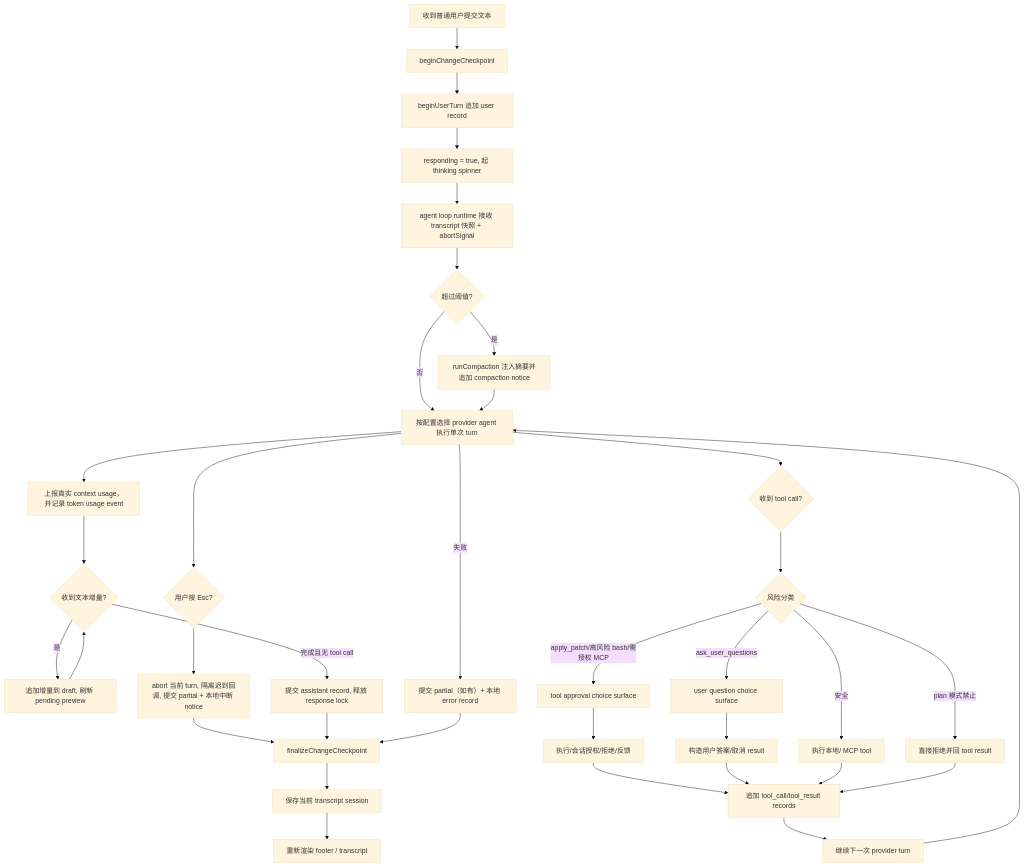
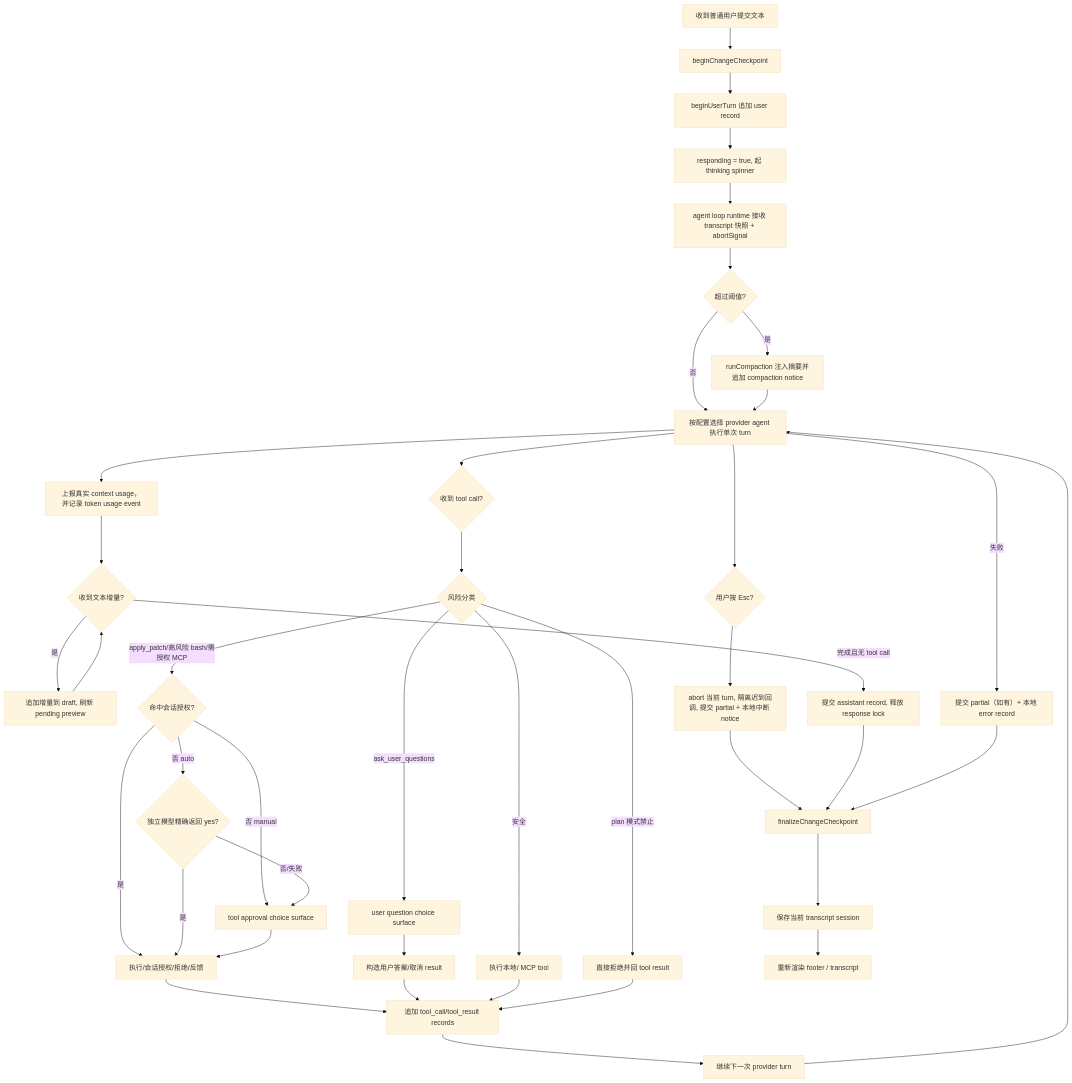
One commit to eumendies/echo-tui changed the third of 5 diagrams in docs/tui-architecture.md. Above: the diagram before and after it, drawn with Mermaid (base theme). The commit also changed other lines of this file and 44 other files, not shown here.

Commit message:
feat: add automatic tool approval

````diff
--- a/docs/tui-architecture.md
+++ b/docs/tui-architecture.md
@@ -253,41 +253,46 @@
 ```mermaid
 flowchart TB
     accTitle: LLM assistant response flow
     accDescr: The diagram shows the LLM assistant lifecycle from change checkpoint and response lock through thinking, streaming, tool continuation, error recovery, and unlock.
 
     submit["收到普通用户提交文本"] --> checkpoint["beginChangeCheckpoint"]
     checkpoint --> user_record["beginUserTurn 追加 user record"]
     user_record --> lock["responding = true, 起 thinking spinner"]
     lock --> run_agent["agent loop runtime 接收 transcript 快照 + abortSignal"]
     run_agent --> compact{"超过阈值?"}
     compact -->|是| do_compact["runCompaction 注入摘要并追加 compaction notice"]
     compact -->|否| provider_turn
     do_compact --> provider_turn["按配置选择 provider agent 执行单次 turn"]
     provider_turn --> usage["上报真实 context usage，并记录 token usage event"]
     usage --> stream{"收到文本增量?"}
     stream -->|是| token["追加增量到 draft, 刷新 pending preview"]
     token --> stream
     provider_turn --> tool_call{"收到 tool call?"}
     tool_call --> risk{"风险分类"}
-    risk -->|apply_patch/高风险 bash/需授权 MCP| approval["tool approval choice surface"]
+    risk -->|apply_patch/高风险 bash/需授权 MCP| approval_cache{"命中会话授权?"}
+    approval_cache -->|是| execute_or_deny
+    approval_cache -->|否 manual| approval["tool approval choice surface"]
+    approval_cache -->|否 auto| auto_review{"独立模型精确返回 yes?"}
+    auto_review -->|是| execute_or_deny
+    auto_review -->|否/失败| approval
     risk -->|ask_user_questions| question["user question choice surface"]
     risk -->|plan 模式禁止| reject["直接拒绝并回 tool result"]
     risk -->|安全| execute_tool["执行本地/ MCP tool"]
     approval --> execute_or_deny["执行/会话授权/拒绝/反馈"]
     question --> question_result["构造用户答案/取消 result"]
     execute_or_deny --> tool_result["追加 tool_call/tool_result records"]
     question_result --> tool_result
     execute_tool --> tool_result
     reject --> tool_result
     tool_result --> continuation["继续下一次 provider turn"]
     continuation --> provider_turn
     provider_turn --> interrupt{"用户按 Esc?"}
     interrupt --> abort["abort 当前 turn, 隔离迟到回调, 提交 partial + 本地中断 notice"]
     abort --> finalize
     stream -->|完成且无 tool call| complete["提交 assistant record, 释放 response lock"]
     complete --> finalize["finalizeChangeCheckpoint"]
     provider_turn -->|失败| error_record["提交 partial（如有）+ 本地 error record"]
     error_record --> finalize
     finalize --> persist["保存当前 transcript session"]
     persist --> redraw["重新渲染 footer / transcript"]
 ```
````
